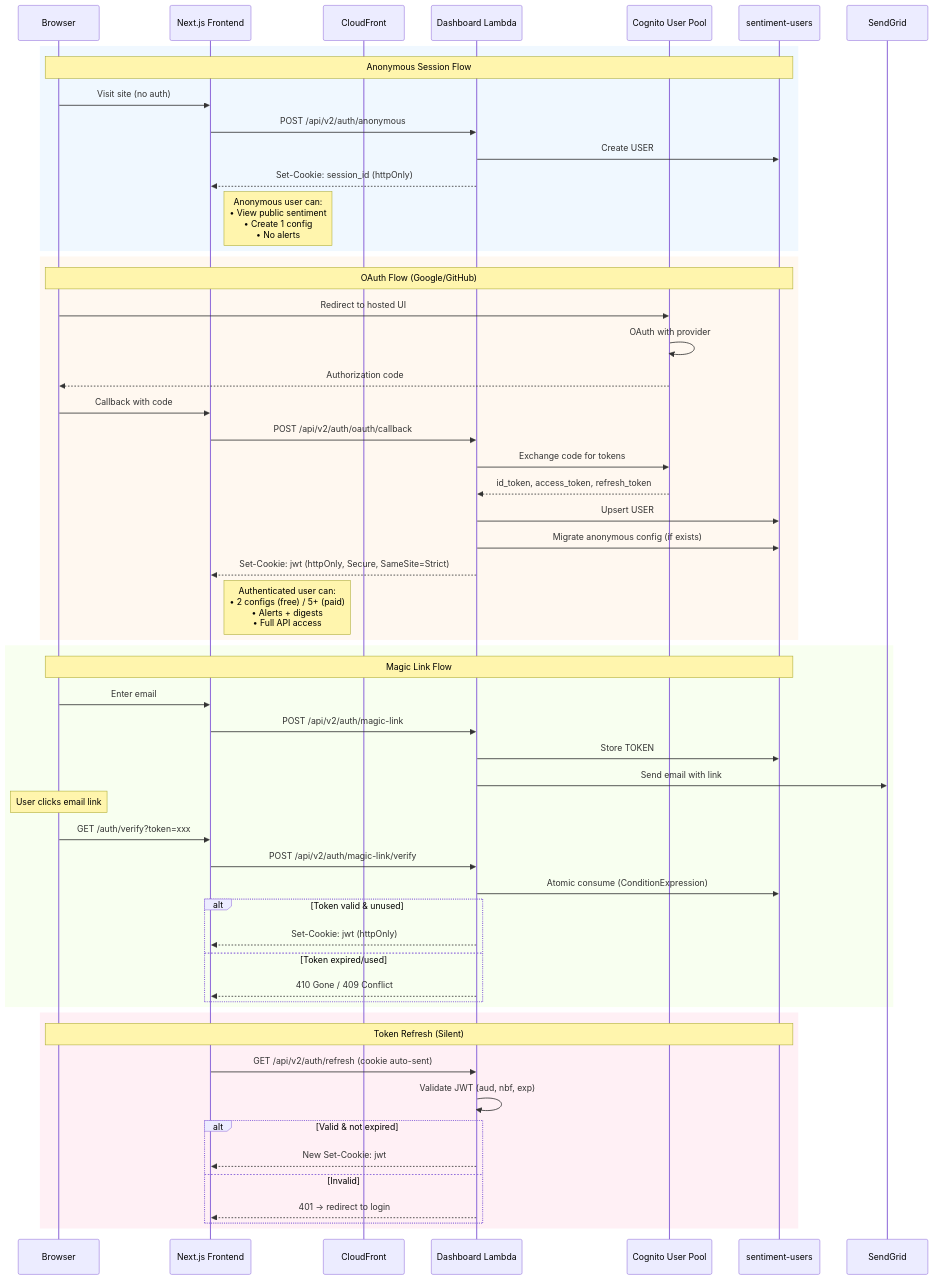
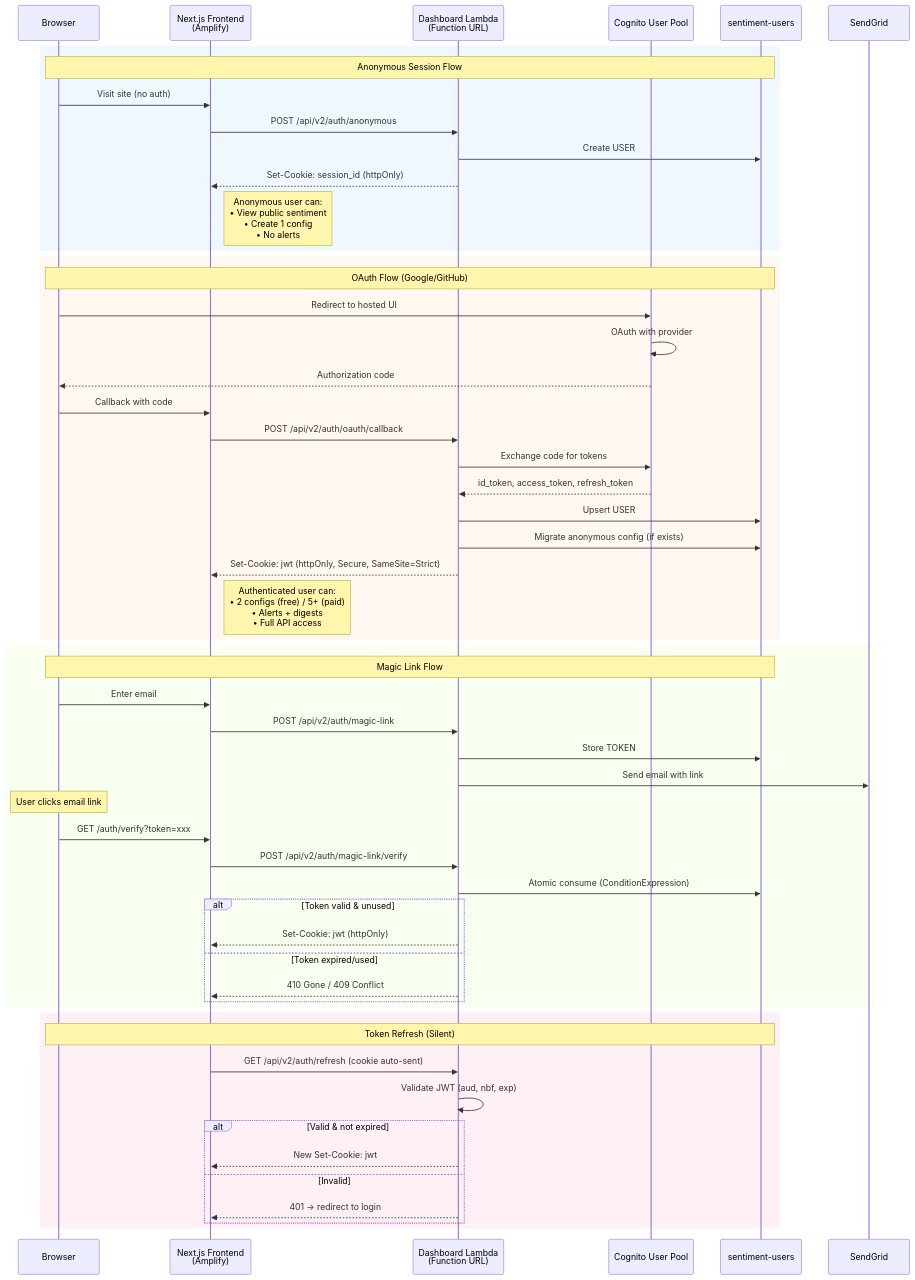
One commit to traylorre/sentiment-analyzer-gsk changed the fifth of 5 diagrams in README.md. Above: the diagram before and after it, drawn with Mermaid. The commit also changed other lines of this file and 18 other files, not shown here.

First line of the commit message:
docs(1209): Remove CloudFront references from documentation

````diff
--- a/README.md
+++ b/README.md
@@ -492,61 +491,60 @@
 ```mermaid
 sequenceDiagram
     participant Browser
-    participant Frontend as Next.js Frontend
-    participant CF as CloudFront
-    participant Dashboard as Dashboard Lambda
+    participant Frontend as Next.js Frontend<br/>(Amplify)
+    participant Dashboard as Dashboard Lambda<br/>(Function URL)
     participant Cognito as Cognito User Pool
     participant Users as sentiment-users
 
     rect rgb(240, 248, 255)
         Note over Browser,Users: Anonymous Session Flow
         Browser->>Frontend: Visit site (no auth)
         Frontend->>Dashboard: POST /api/v2/auth/anonymous
         Dashboard->>Users: Create USER#{uuid}
         Dashboard-->>Frontend: Set-Cookie: session_id (httpOnly)
         Note right of Frontend: Anonymous user can:<br/>• View public sentiment<br/>• Create 1 config<br/>• No alerts
     end
 
     rect rgb(255, 248, 240)
         Note over Browser,Users: OAuth Flow (Google/GitHub)
         Browser->>Cognito: Redirect to hosted UI
         Cognito->>Cognito: OAuth with provider
         Cognito-->>Browser: Authorization code
         Browser->>Frontend: Callback with code
         Frontend->>Dashboard: POST /api/v2/auth/oauth/callback
         Dashboard->>Cognito: Exchange code for tokens
         Cognito-->>Dashboard: id_token, access_token, refresh_token
         Dashboard->>Users: Upsert USER#{cognito_sub}
         Dashboard->>Users: Migrate anonymous config (if exists)
         Dashboard-->>Frontend: Set-Cookie: jwt (httpOnly, Secure, SameSite=Strict)
         Note right of Frontend: Authenticated user can:<br/>• 2 configs (free) / 5+ (paid)<br/>• Alerts + digests<br/>• Full API access
     end
 
     rect rgb(248, 255, 240)
         Note over Browser,Users: Magic Link Flow
         Browser->>Frontend: Enter email
         Frontend->>Dashboard: POST /api/v2/auth/magic-link
         Dashboard->>Users: Store TOKEN#{random_256bit} (TTL: 15min)
         Dashboard->>SendGrid: Send email with link
         Note over Browser: User clicks email link
         Browser->>Frontend: GET /auth/verify?token=xxx
         Frontend->>Dashboard: POST /api/v2/auth/magic-link/verify
         Dashboard->>Users: Atomic consume (ConditionExpression)
         alt Token valid & unused
             Dashboard-->>Frontend: Set-Cookie: jwt (httpOnly)
         else Token expired/used
             Dashboard-->>Frontend: 410 Gone / 409 Conflict
         end
     end
 
     rect rgb(255, 240, 245)
         Note over Browser,Users: Token Refresh (Silent)
         Frontend->>Dashboard: GET /api/v2/auth/refresh (cookie auto-sent)
         Dashboard->>Dashboard: Validate JWT (aud, nbf, exp)
         alt Valid & not expired
             Dashboard-->>Frontend: New Set-Cookie: jwt
         else Invalid
             Dashboard-->>Frontend: 401 → redirect to login
         end
     end
 ```
````
